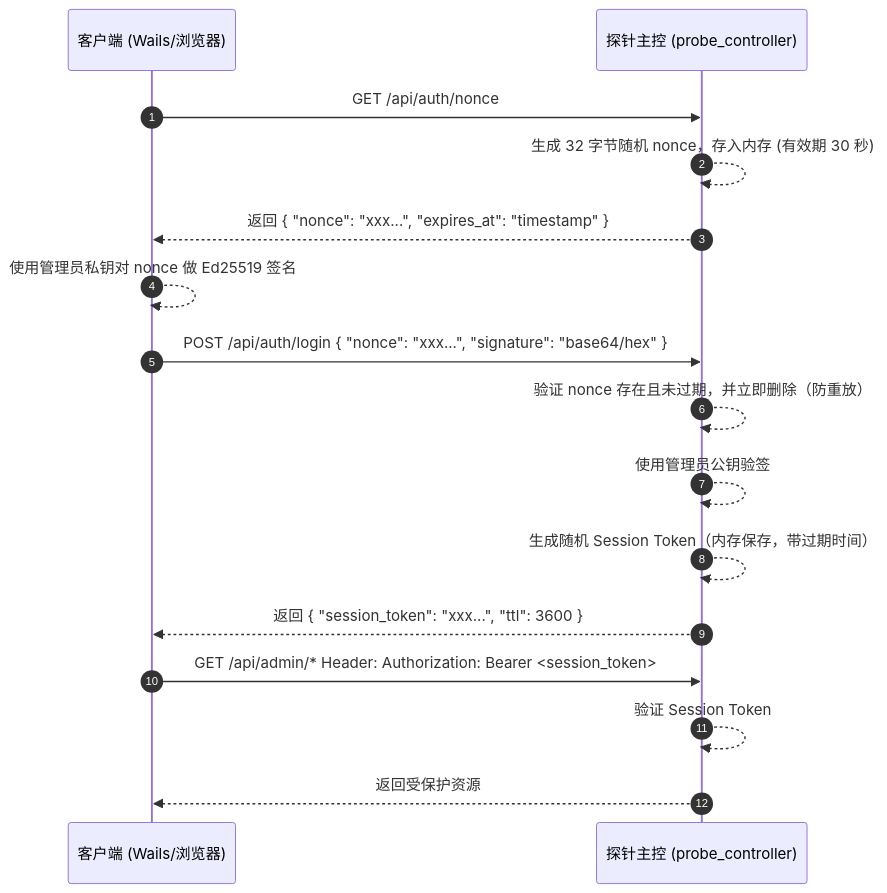
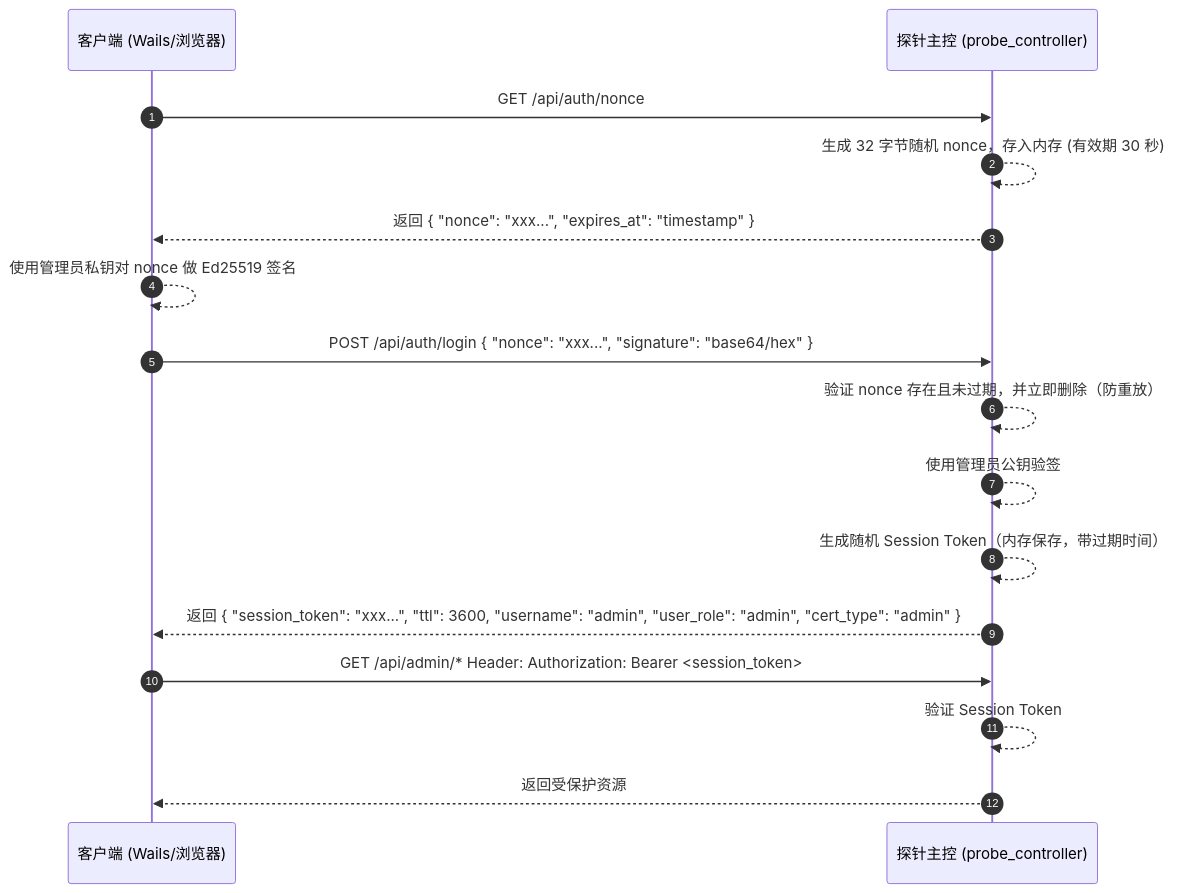
One commit to fengzhanhuaer/CloudHelper changed the diagram in doc/login_requirements.md. Above: the diagram before and after it, drawn with Mermaid. The commit also changed other lines of this file and 15 other files, not shown here.

````diff
--- a/doc/login_requirements.md
+++ b/doc/login_requirements.md
@@ -26,22 +26,22 @@
 ```mermaid
 sequenceDiagram
     autonumber
     participant Client as 客户端 (Wails/浏览器)
     participant Server as 探针主控 (probe_controller)
 
     Client->>Server: GET /api/auth/nonce
     Server-->>Server: 生成 32 字节随机 nonce，存入内存 (有效期 30 秒)
     Server-->>Client: 返回 { "nonce": "xxx...", "expires_at": "timestamp" }
 
     Client-->>Client: 使用管理员私钥对 nonce 做 Ed25519 签名
 
     Client->>Server: POST /api/auth/login { "nonce": "xxx...", "signature": "base64/hex" }
     Server-->>Server: 验证 nonce 存在且未过期，并立即删除（防重放）
     Server-->>Server: 使用管理员公钥验签
     Server-->>Server: 生成随机 Session Token（内存保存，带过期时间）
-    Server-->>Client: 返回 { "session_token": "xxx...", "ttl": 3600 }
+    Server-->>Client: 返回 { "session_token": "xxx...", "ttl": 3600, "username": "admin", "user_role": "admin", "cert_type": "admin" }
 
     Client->>Server: GET /api/admin/* Header: Authorization: Bearer <session_token>
     Server-->>Server: 验证 Session Token
     Server-->>Client: 返回受保护资源
 ```
````
